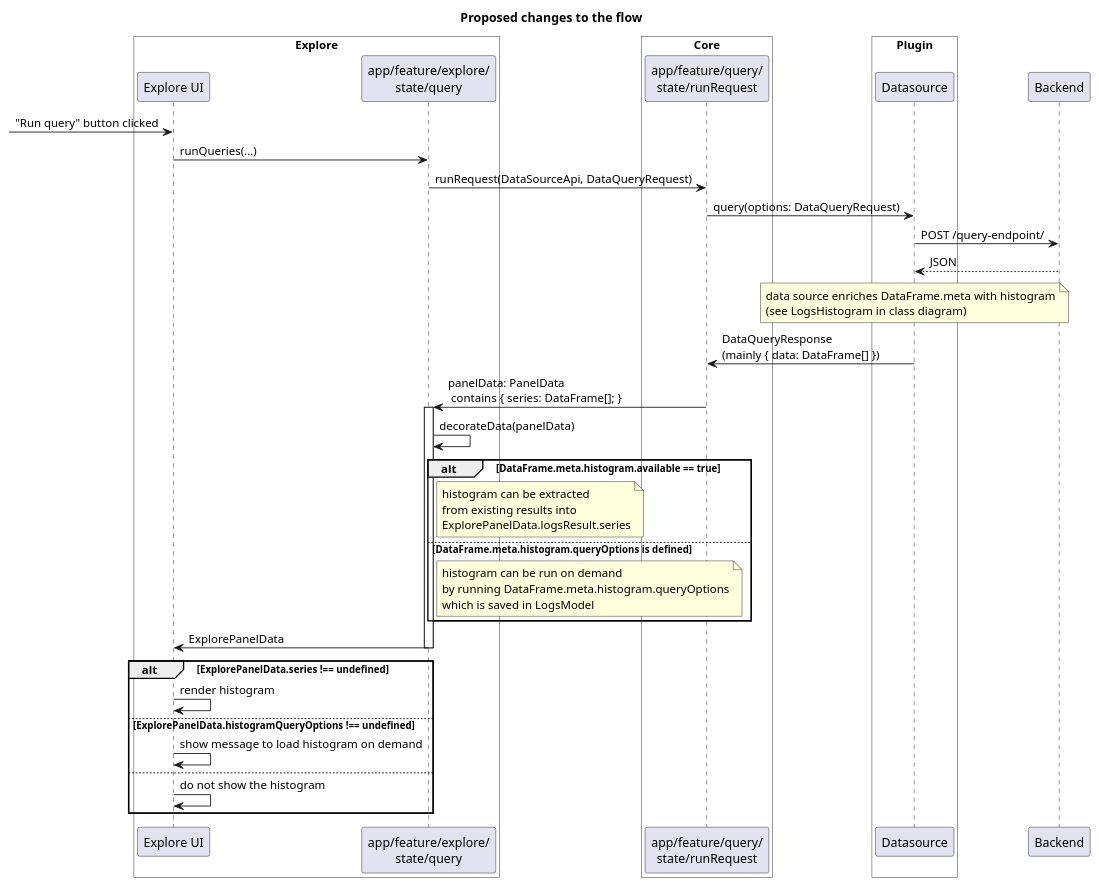
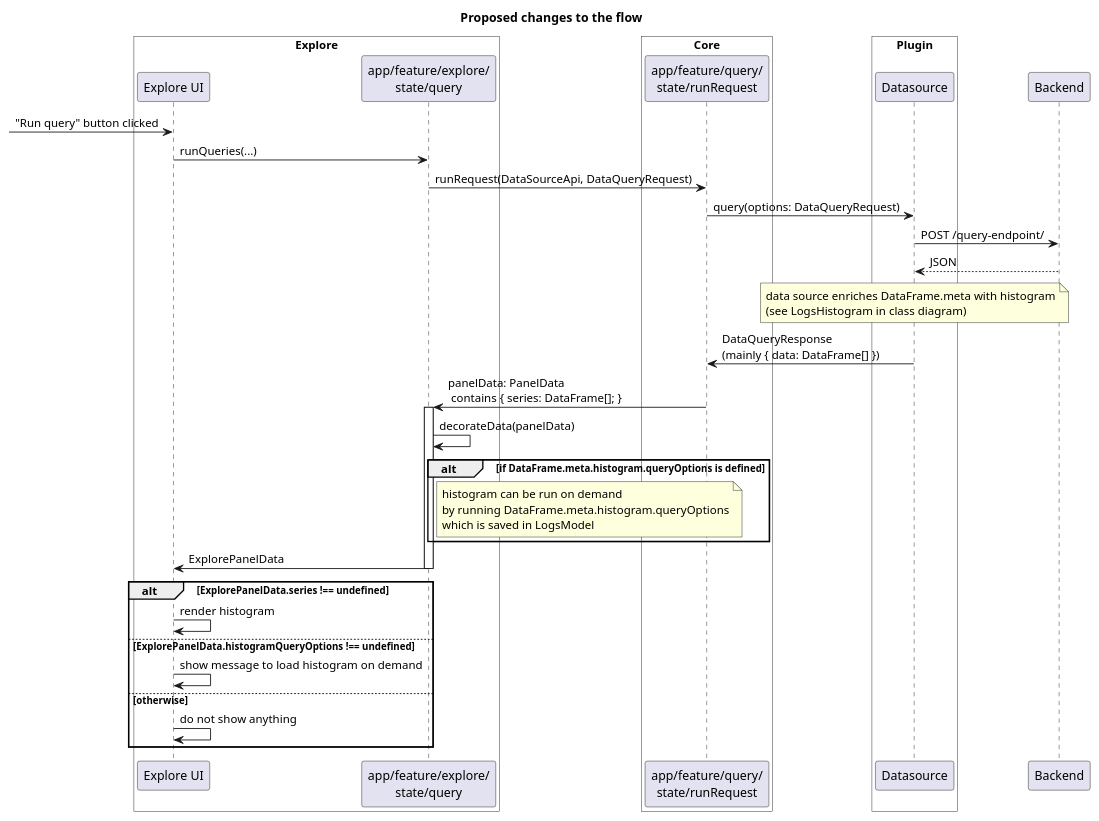
The diagram in public/app/plugins/datasource/loki/docs/full-range-histogram/histogram.puml (De30/grafana), drawn with PlantUML before and after one commit. The commit also changed 1 other file, not shown here.

Commit message:
Diagrams v2.1

```diff
--- a/public/app/plugins/datasource/loki/docs/full-range-histogram/histogram.puml
+++ b/public/app/plugins/datasource/loki/docs/full-range-histogram/histogram.puml
@@ -1,49 +1,47 @@
 @startuml
 
 title Proposed changes to the flow
 
 box "Explore" #white
 participant "Explore UI" as UI
 participant "app/feature/explore/\nstate/query" as S
 endbox
 
 box "Core" #white
 participant "app/feature/query/\nstate/runRequest" as S2
 endbox
 
 box "Plugin" #white
 participant Datasource as DS
 endbox
 
 participant Backend as B
 
 -> UI : "Run query" button clicked
 UI -> S : runQueries(...)
 S -> S2 : runRequest(DataSourceApi, DataQueryRequest)
 S2 -> DS : query(options: DataQueryRequest)
 DS -> B : POST /query-endpoint/
 DS <-- B : JSON
 note over DS: data source enriches DataFrame.meta with histogram\n(see LogsHistogram in class diagram)
 S2 <- DS : DataQueryResponse\n(mainly { data: DataFrame[] })
 S <- S2 : panelData: PanelData\n contains { series: DataFrame[]; }
 activate S
 S -> S : decorateData(panelData)
 
-alt DataFrame.meta.histogram.available == true
-note right S : histogram can be extracted\nfrom existing results into\nExplorePanelData.logsResult.series
-else DataFrame.meta.histogram.queryOptions is defined
+alt if DataFrame.meta.histogram.queryOptions is defined
 note right S : histogram can be run on demand\nby running DataFrame.meta.histogram.queryOptions\nwhich is saved in LogsModel
 end
 
 UI <- S : ExplorePanelData
 deactivate S
 
 alt ExplorePanelData.series !== undefined
   UI -> UI : render histogram
 else ExplorePanelData.histogramQueryOptions !== undefined
   UI -> UI : show message to load histogram on demand
-else
-  UI -> UI : do not show the histogram
+else otherwise
+  UI -> UI : do not show anything
 end
 
 @enduml
```
